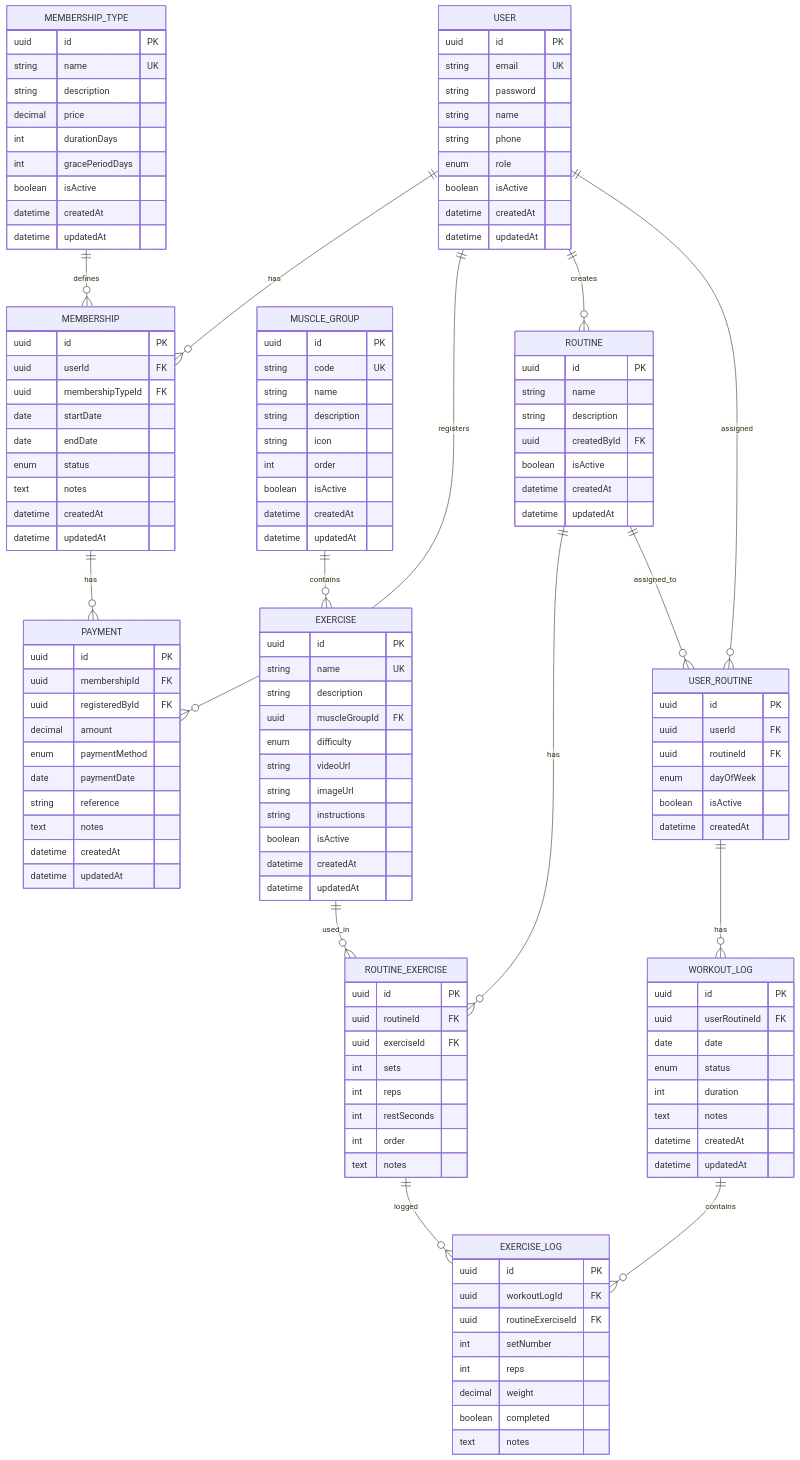
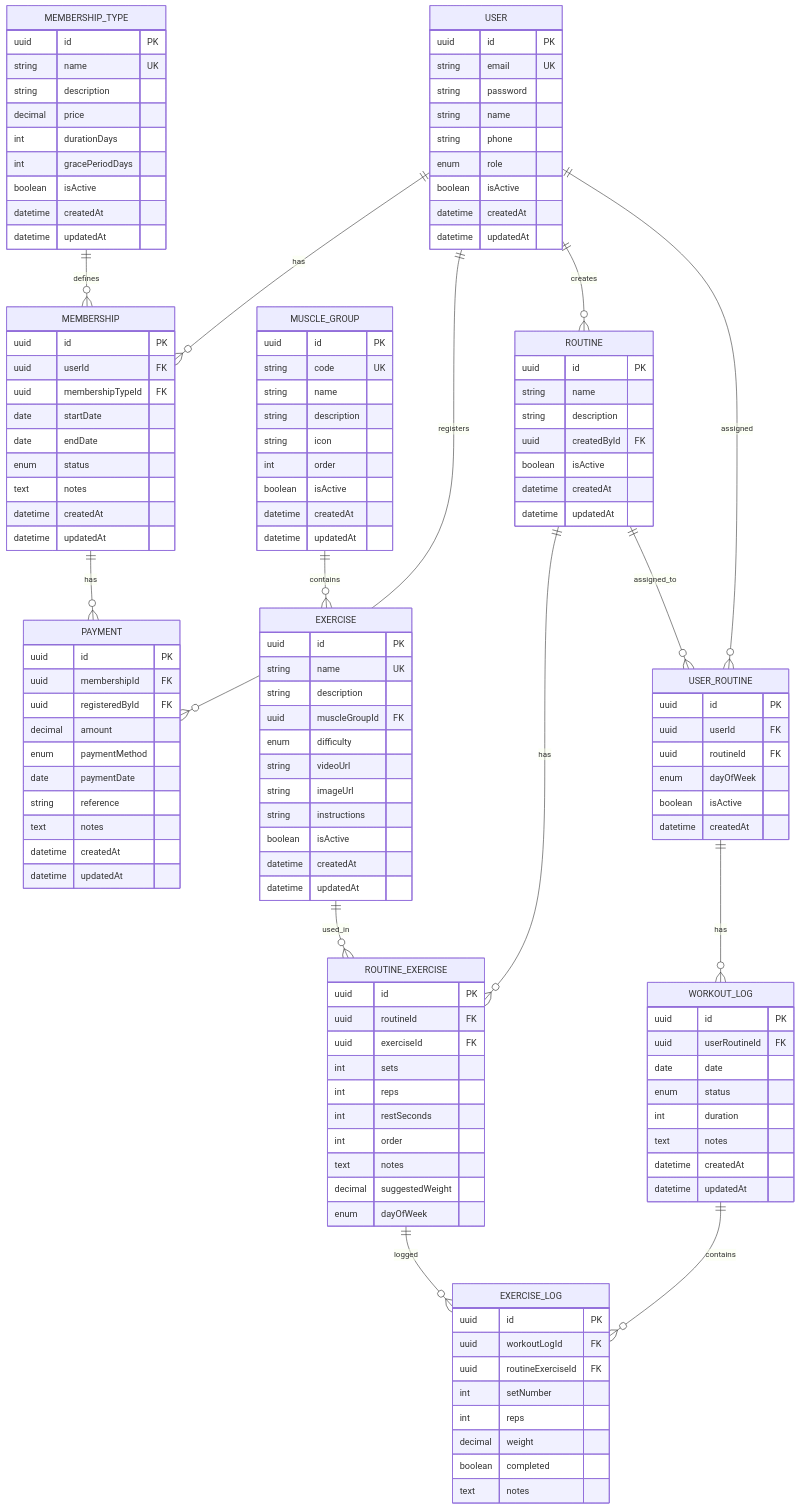
One commit to fedebracesco1990/fitflow changed the fourth of 9 diagrams in docs/ARCHITECTURE.md. Above: the diagram before and after it, drawn with Mermaid. The commit also changed 17 other files, not shown here.

```diff
--- a/docs/ARCHITECTURE.md
+++ b/docs/ARCHITECTURE.md
@@ -290,6 +290,8 @@
         int restSeconds
         int order
         text notes
+        decimal suggestedWeight
+        enum dayOfWeek
     }
 
     USER ||--o{ USER_ROUTINE : assigned
```
